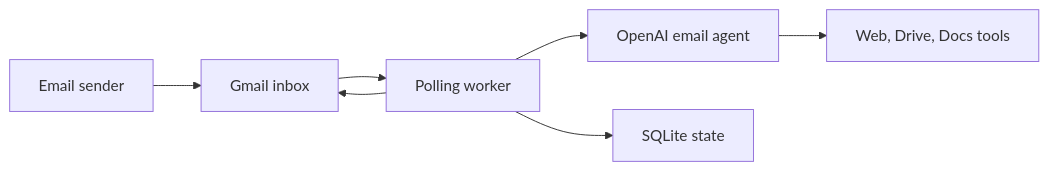
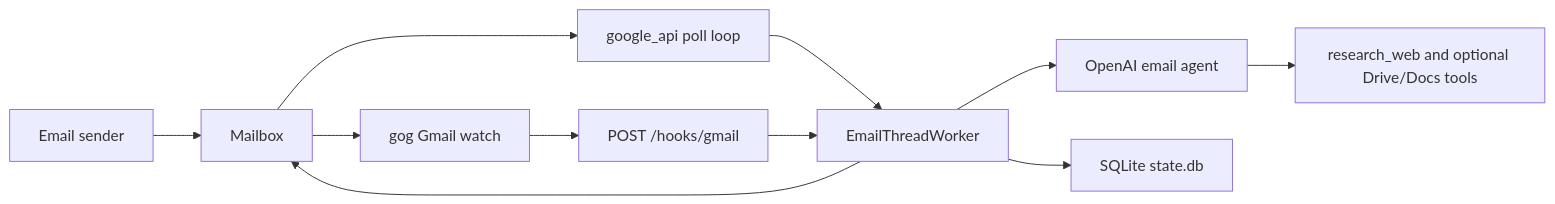
The diagram in README.md (LunarMothStudios/Canna-Mailroom), drawn with Mermaid before and after one commit. The commit also changed other lines of this file and 30 other files, not shown here.

````diff
--- a/README.md
+++ b/README.md
@@ -38,9 +37,13 @@
 ```mermaid
 flowchart LR
-    Sender["Email sender"] --> Gmail["Gmail inbox"]
-    Gmail --> Worker["Polling worker"]
+    Sender["Email sender"] --> Gmail["Mailbox"]
+    Gmail --> Poll["google_api poll loop"]
+    Gmail --> Push["gog Gmail watch"]
+    Poll --> Worker["EmailThreadWorker"]
+    Push --> Hook["POST /hooks/gmail"]
+    Hook --> Worker
     Worker --> Agent["OpenAI email agent"]
-    Agent --> Tools["Web, Drive, Docs tools"]
-    Worker --> State["SQLite state"]
+    Agent --> Tools["research_web and optional Drive/Docs tools"]
+    Worker --> State["SQLite state.db"]
     Worker --> Gmail
 ```
````
